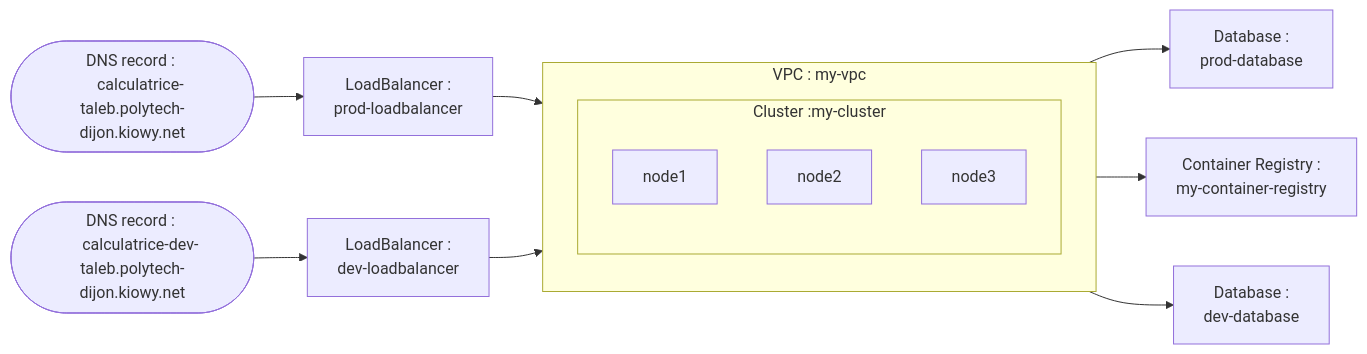
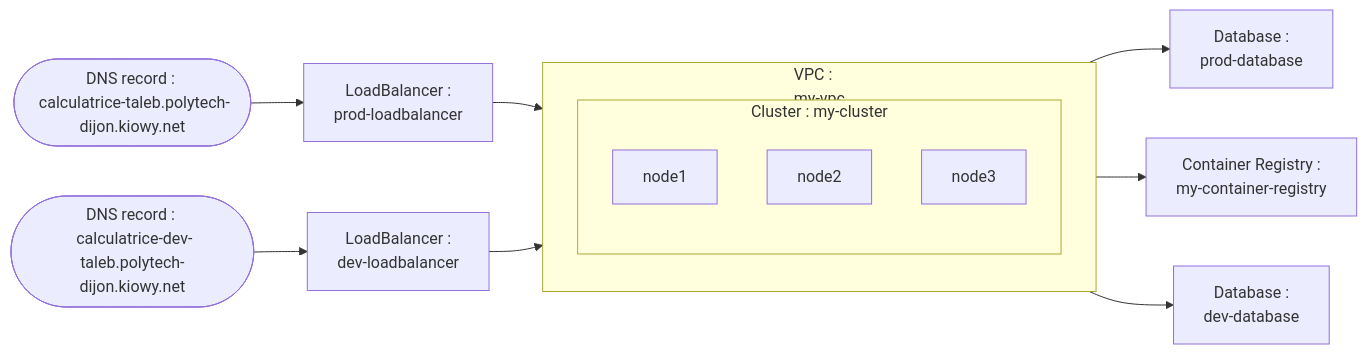
One commit to Noureddine-t/virtualisation-et-cloud-computing changed the diagram in Projet/Foundation/README.md. Above: the diagram before and after it, drawn with Mermaid. The commit also changed other lines of this file and 3 other files, not shown here.

````diff
--- a/Projet/Foundation/README.md
+++ b/Projet/Foundation/README.md
@@ -23,29 +23,23 @@
 ```mermaid
 graph LR
-    subgraph vpc ["VPC : my-vpc"]
+    
+    subgraph vpc ["VPC : \n my-vpc"]
         direction TB
         k8s
-        
     end
-    subgraph k8s ["Cluster :my-cluster"]
+    
+    subgraph k8s ["Cluster : my-cluster"]
         direction TB
         node1
         node2
         node3
     end
-    lbA["LoadBalancer : 
-    prod-loadbalancer"] --> k8s
-    lbB["LoadBalancer : 
-    dev-loadbalancer"]  --> k8s
-    dns1(["DNS record : 
-    calculatrice-dev-taleb.polytech-dijon.kiowy.net"]) --> lbB
-    dns2(["DNS record : 
-    calculatrice-taleb.polytech-dijon.kiowy.net"]) --> lbA
-    k8s --> db1["Database : 
-    prod-database"]
-    k8s --> reg["Container Registry : 
-    my-container-registry"]
-    k8s --> db2["Database : 
-    dev-database"]
-
+    
+    lbA["LoadBalancer : \n prod-loadbalancer"] --> k8s
+    lbB["LoadBalancer :\n dev-loadbalancer"]  --> k8s
+    dns1(["DNS record : \n calculatrice-dev-taleb.polytech-dijon.kiowy.net"]) --> lbB
+    dns2(["DNS record : \n calculatrice-taleb.polytech-dijon.kiowy.net"]) --> lbA
+    k8s --> db1["Database : \n prod-database"]
+    k8s --> reg["Container Registry : \n my-container-registry"]
+    k8s --> db2["Database : \n dev-database"]
 ```
````
